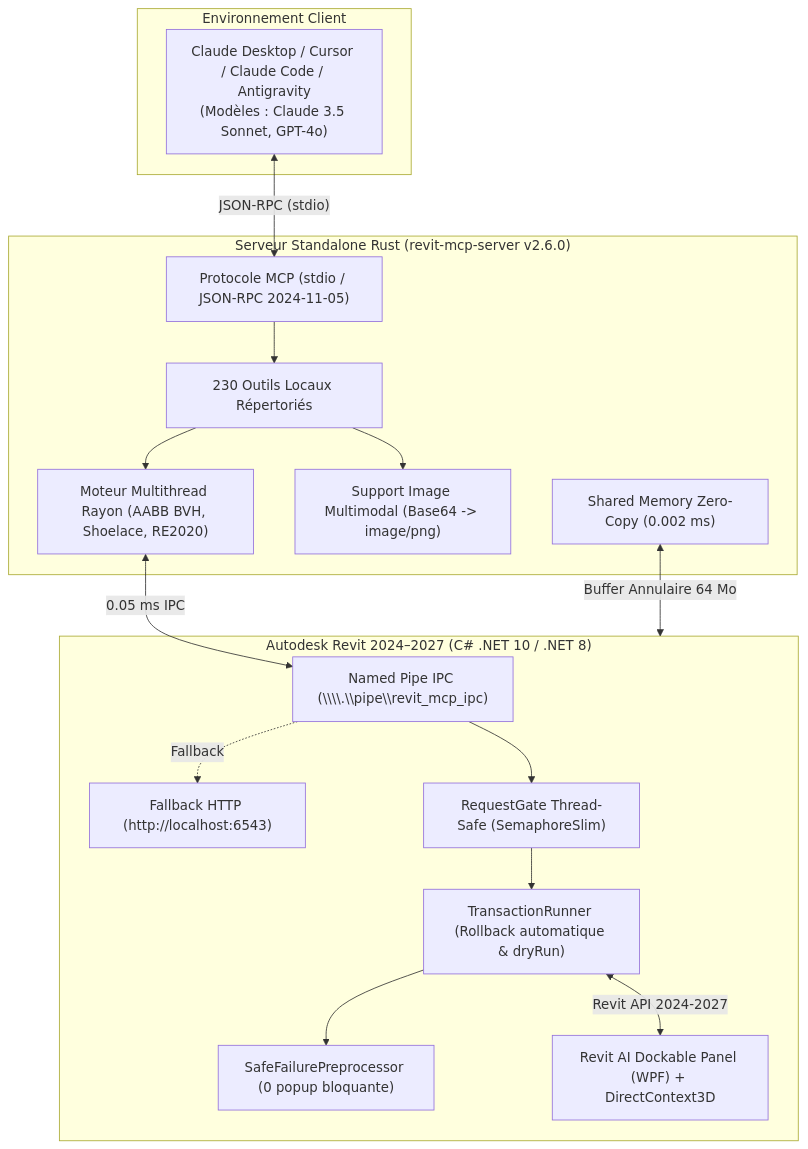
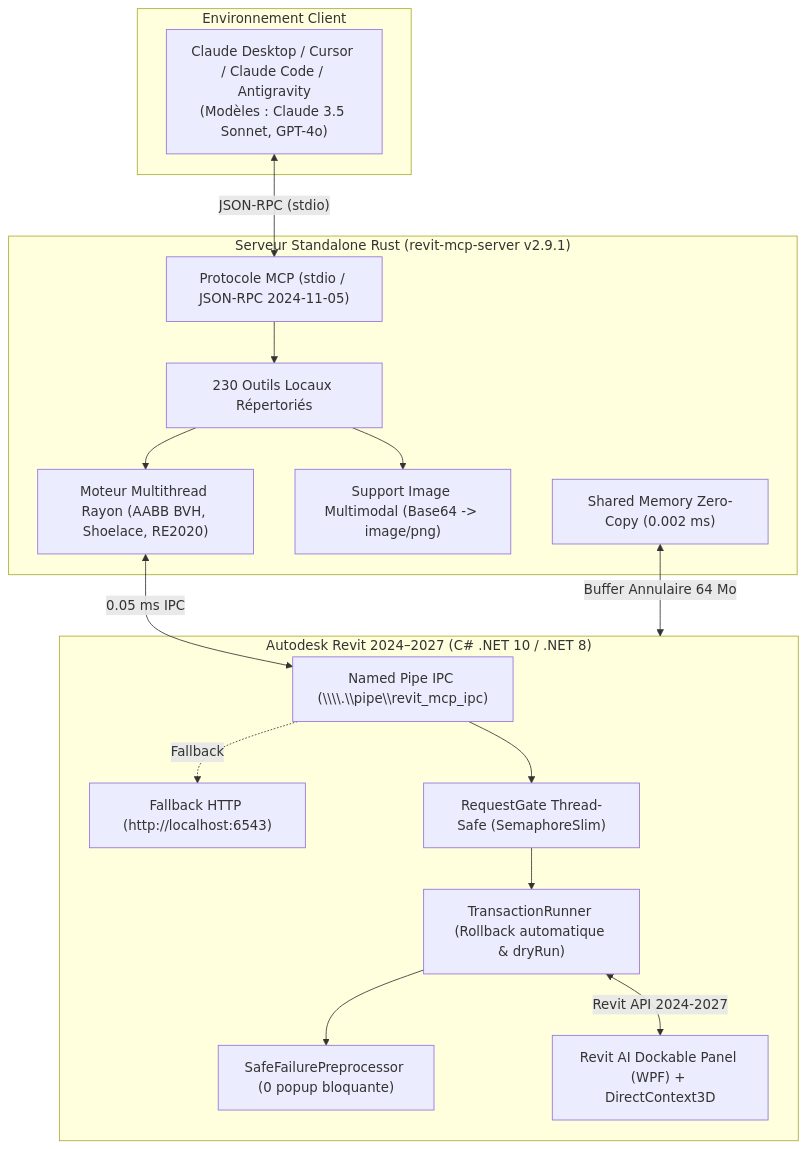
Before and after one commit to EncoreZaan/ARC: the diagram in README.md, drawn with Mermaid. The commit also changed other lines of this file and 6 other files, not shown here.

````diff
--- a/README.md
+++ b/README.md
@@ -210,35 +231,35 @@
 ```mermaid
 flowchart TD
     subgraph Client["Environnement Client"]
         Claude["Claude Desktop / Cursor / Claude Code / Antigravity\n(Modèles : Claude 3.5 Sonnet, GPT-4o)"]
     end
 
-    subgraph RustServer["Serveur Standalone Rust (revit-mcp-server v2.6.0)"]
+    subgraph RustServer["Serveur Standalone Rust (revit-mcp-server v2.9.1)"]
         RPC["Protocole MCP (stdio / JSON-RPC 2024-11-05)"]
         Registry["230 Outils Locaux Répertoriés"]
         RayonEngine["Moteur Multithread Rayon (AABB BVH, Shoelace, RE2020)"]
         VisionEngine["Support Image Multimodal (Base64 -> image/png)"]
         SharedMemRust["Shared Memory Zero-Copy (0.002 ms)"]
     end
 
     subgraph AddIn["Autodesk Revit 2024–2027 (C# .NET 10 / .NET 8)"]
         NamedPipe["Named Pipe IPC (\\\\.\\pipe\\revit_mcp_ipc)"]
         HTTPFallback["Fallback HTTP (http://localhost:6543)"]
         RequestGate["RequestGate Thread-Safe (SemaphoreSlim)"]
         TxRunner["TransactionRunner (Rollback automatique & dryRun)"]
         SafeFailure["SafeFailurePreprocessor (0 popup bloquante)"]
         DockablePanel["Revit AI Dockable Panel (WPF) + DirectContext3D"]
     end
 
     Claude <-->|"JSON-RPC (stdio)"| RPC
     RPC --> Registry
     Registry --> RayonEngine
     Registry --> VisionEngine
     RayonEngine <-->|"0.05 ms IPC"| NamedPipe
     NamedPipe -.->|"Fallback"| HTTPFallback
     NamedPipe --> RequestGate
     RequestGate --> TxRunner
     TxRunner --> SafeFailure
     TxRunner <-->|"Revit API 2024-2027"| DockablePanel
     SharedMemRust <-->|"Buffer Annulaire 64 Mo"| AddIn
 ```
````
